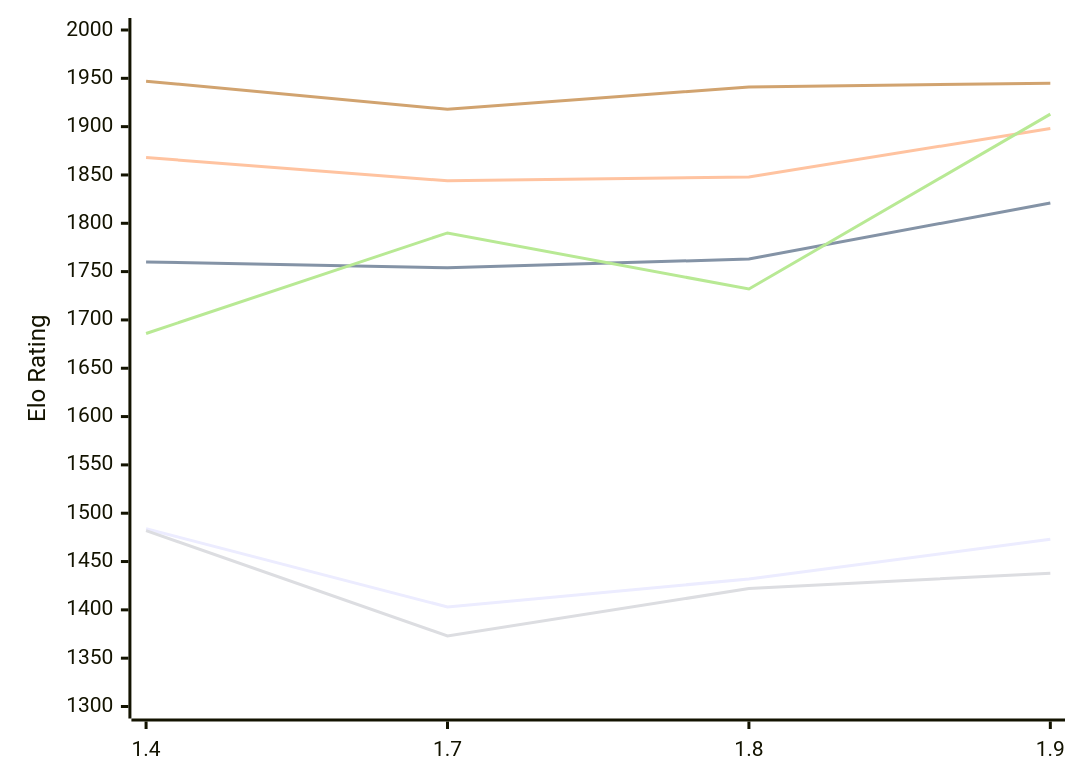
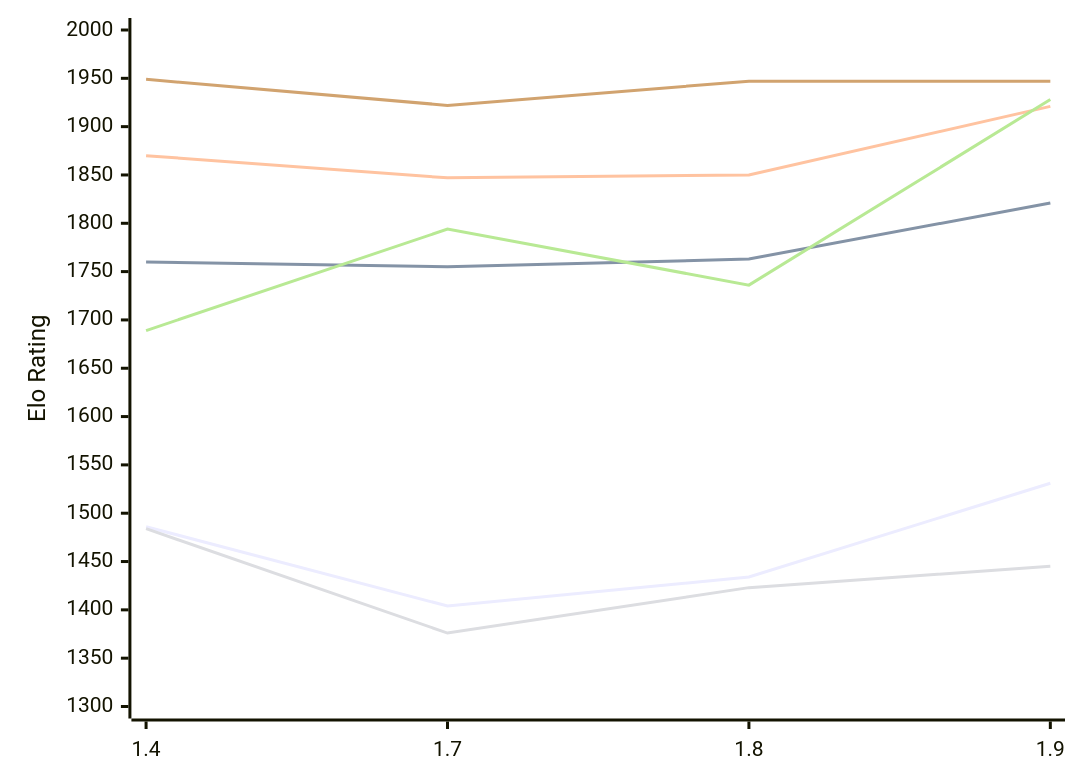
One commit to computer-chess-index/cci changed the diagram in engines/Russell.md. Above: the diagram before and after it, drawn with Mermaid. The commit also changed other lines of this file, not shown here.

Commit message:
Update CCI Ratings (ELO VLTC) - 2026-11-03

````diff
--- a/engines/Russell.md
+++ b/engines/Russell.md
@@ -53,12 +53,12 @@
 ```mermaid
 %%{init: {"theme":"base","themeVariables":{"seriesColors:['#a3a3a3','#222221','#faa371']}}}%%
 xychart-beta
   x-axis ["1.4", "1.7", "1.8", "1.9"]
   y-axis "Elo Rating" 1300 --> 2000
-  line "E1: STC (8.0+0.08s)" [1484, 1403, 1432, 1473]
-  line "E1: LTC (60.0+0.60s)" [1760, 1754, 1763, 1821]
-  line "E1: VLTC (2m24s+1.12s)" [1868, 1844, 1848, 1898]
-  line "P1: STC (8.0+0.08s)" [1482, 1373, 1422, 1438]
-  line "P1: LTC (60.0+0.60s)" [1686, 1790, 1732, 1913]
-  line "P1: VLTC (2m24s+1.12s)" [1947, 1918, 1941, 1945]
+  line "E1: STC (8.0+0.08s)" [1486, 1404, 1434, 1531]
+  line "E1: LTC (60.0+0.60s)" [1760, 1755, 1763, 1821]
+  line "E1: VLTC (2m24s+1.12s)" [1870, 1847, 1850, 1921]
+  line "P1: STC (8.0+0.08s)" [1484, 1376, 1423, 1445]
+  line "P1: LTC (60.0+0.60s)" [1689, 1794, 1736, 1928]
+  line "P1: VLTC (2m24s+1.12s)" [1949, 1922, 1947, 1947]
 ```
````
